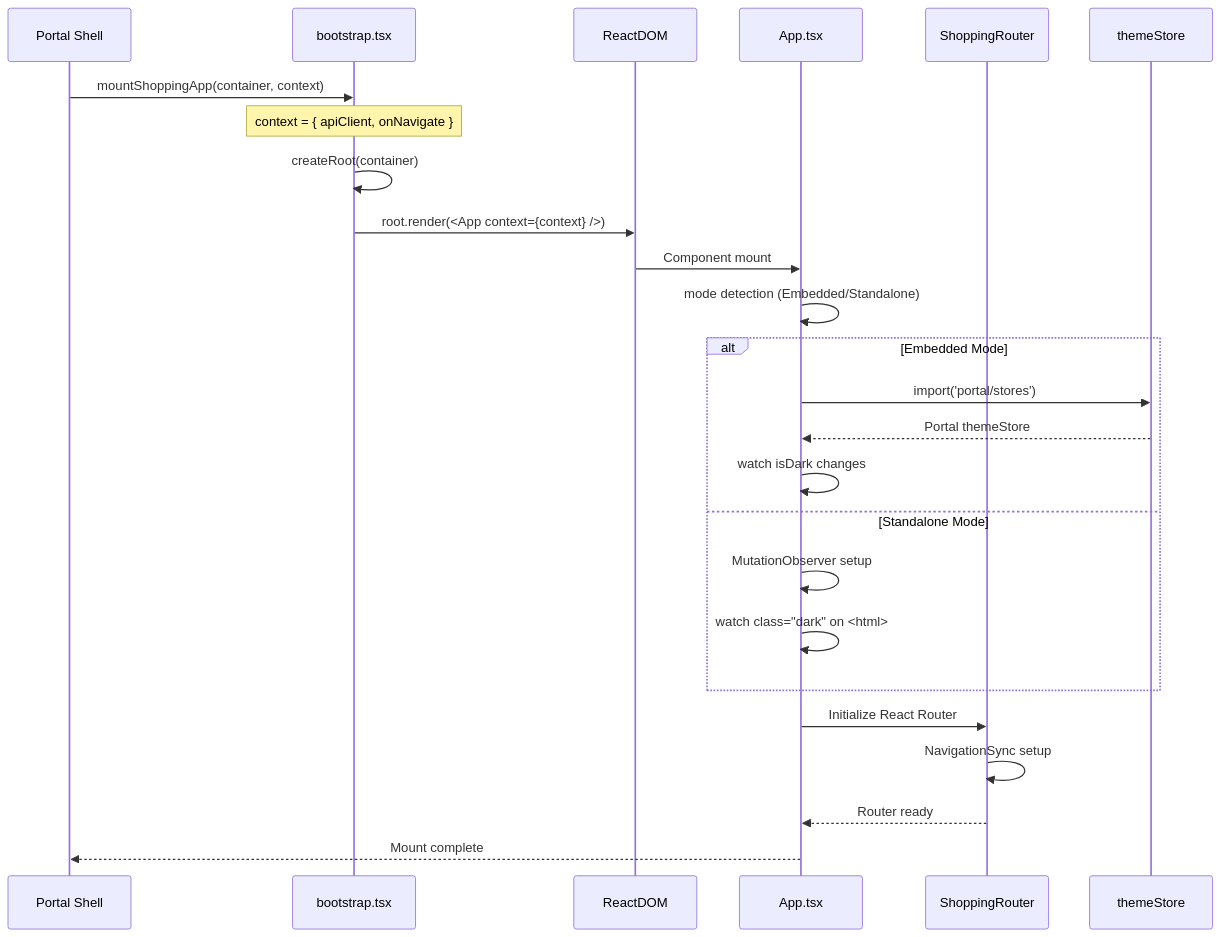
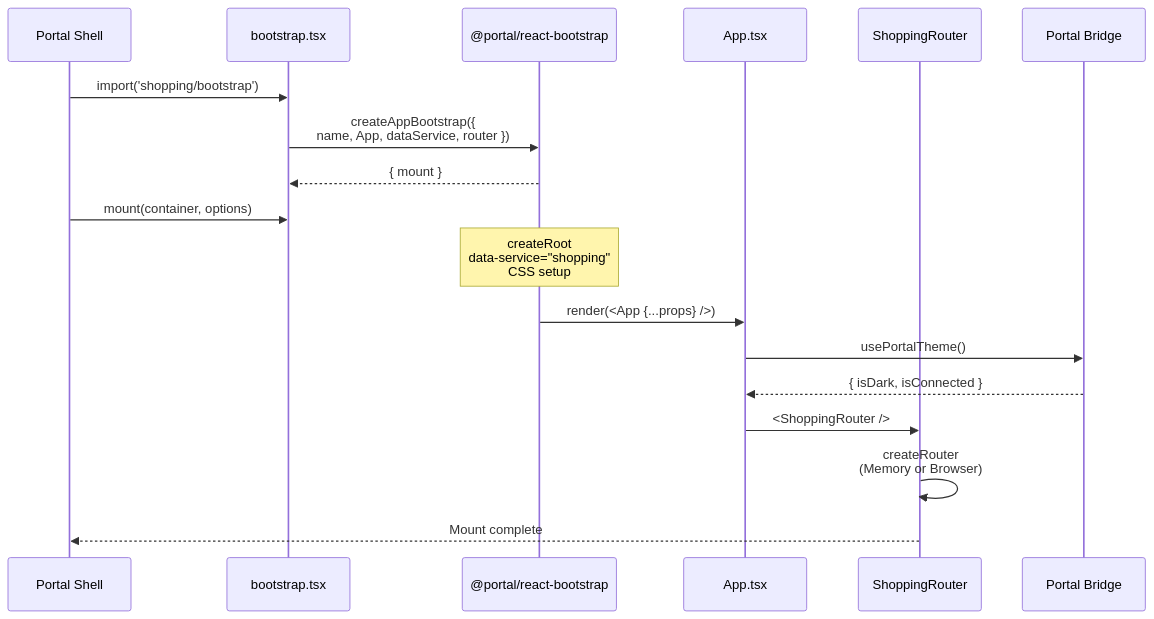
Before and after one commit to L-a-z-e/portal-universe: the second of 7 diagrams in docs/architecture/shopping-frontend/data-flow.md, drawn with Mermaid. The commit also changed other lines of this file and 4 other files, not shown here.

First line of the commit message:
docs(architecture): rewrite shopping-frontend docs to match actual codebase

````diff
--- a/docs/architecture/shopping-frontend/data-flow.md
+++ b/docs/architecture/shopping-frontend/data-flow.md
@@ -79,30 +101,21 @@
 ```mermaid
 sequenceDiagram
     participant PS as Portal Shell
     participant BS as bootstrap.tsx
-    participant RD as ReactDOM
+    participant RB as @portal/react-bootstrap
     participant APP as App.tsx
     participant RT as ShoppingRouter
-    participant TS as themeStore
+    participant PB as Portal Bridge
 
-    PS->>BS: mountShoppingApp(container, context)
-    Note over BS: context = { apiClient, onNavigate }
-    BS->>BS: createRoot(container)
-    BS->>RD: root.render(<App context={context} />)
-    RD->>APP: Component mount
-    APP->>APP: mode detection (Embedded/Standalone)
-
-    alt Embedded Mode
-        APP->>TS: import('portal/stores')
-        TS-->>APP: Portal themeStore
-        APP->>APP: watch isDark changes
-    else Standalone Mode
-        APP->>APP: MutationObserver setup
-        APP->>APP: watch class="dark" on <html>
-    end
-
-    APP->>RT: Initialize React Router
-    RT->>RT: NavigationSync setup
-    RT-->>APP: Router ready
-    APP-->>PS: Mount complete
+    PS->>BS: import('shopping/bootstrap')
+    BS->>RB: createAppBootstrap({<br/>name, App, dataService, router })
+    RB-->>BS: { mount }
+    PS->>BS: mount(container, options)
+    Note over RB: createRoot<br/>data-service="shopping"<br/>CSS setup
+    RB->>APP: render(<App {...props} />)
+    APP->>PB: usePortalTheme()
+    PB-->>APP: { isDark, isConnected }
+    APP->>RT: <ShoppingRouter />
+    RT->>RT: createRouter<br/>(Memory or Browser)
+    RT-->>PS: Mount complete
 ```
````
